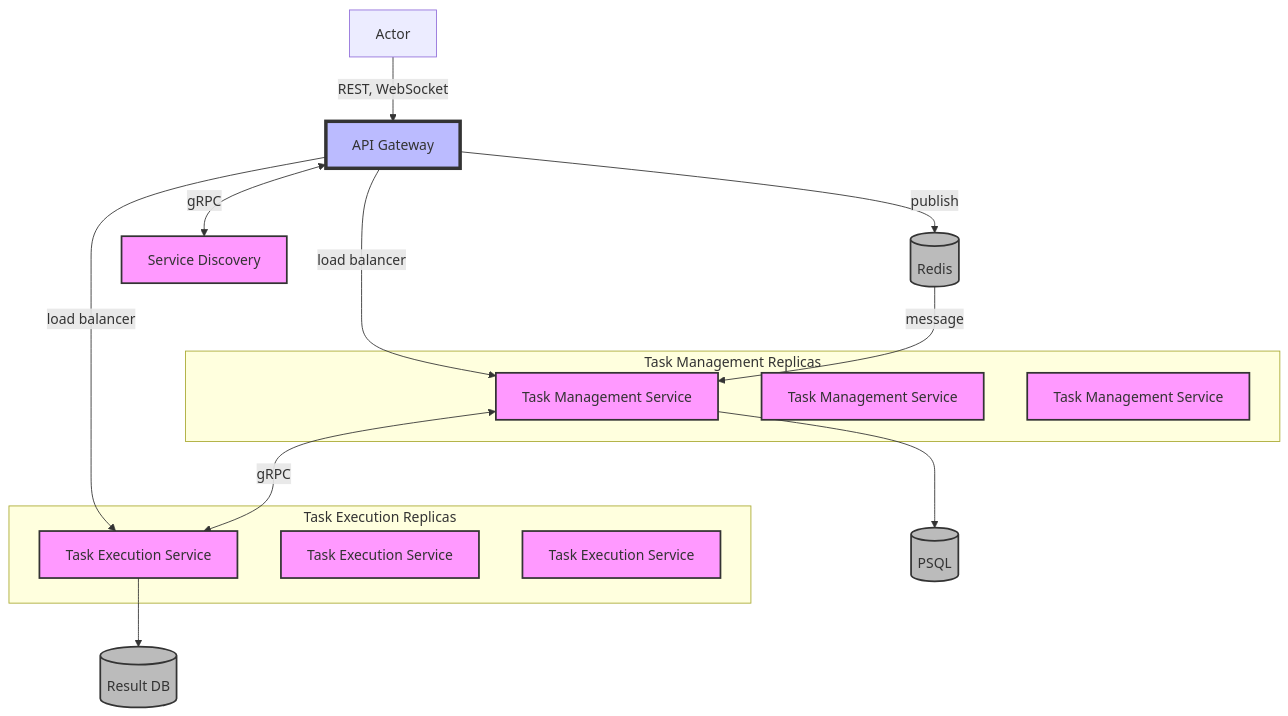
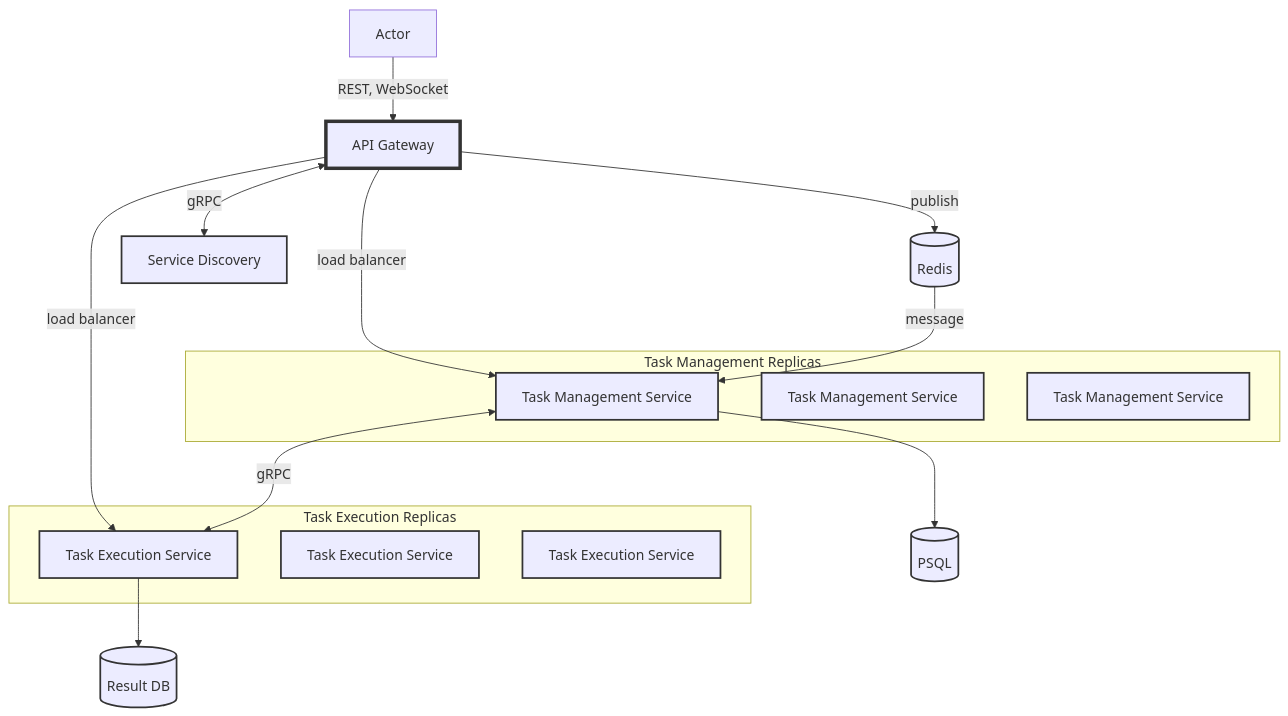
The second of 2 diagrams in README.md (CaraAlexandr/PAD_Labs), drawn with Mermaid before and after one commit.

````diff
--- a/README.md
+++ b/README.md
@@ -39,32 +39,32 @@
 ```mermaid
 graph TD
     A[Actor] -->|REST, WebSocket| B[API Gateway]
     B -->|publish| C[(Redis)]
     B <-->|gRPC| D[Service Discovery]
     B -->|load balancer| E[Task Management Service]
     B -->|load balancer| F[Task Execution Service]
     
     C -->|message| E
     E <-->|gRPC| F
     E --> G[(PSQL)]
     F --> H[(Result DB)]
     
     subgraph "Task Management Replicas"
     E
     E2[Task Management Service]
     E3[Task Management Service]
     end
     
     subgraph "Task Execution Replicas"
     F
     F2[Task Execution Service]
     F3[Task Execution Service]
     end
 
-    classDef service fill:#f9f,stroke:#333,stroke-width:2px;
-    classDef database fill:#bbb,stroke:#333,stroke-width:2px;
-    classDef gateway fill:#bbf,stroke:#333,stroke-width:4px;
+    classDef service stroke:#333,stroke-width:2px;
+    classDef database stroke:#333,stroke-width:2px;
+    classDef gateway stroke:#333,stroke-width:4px;
     class B gateway;
     class C,G,H database;
     class D,E,E2,E3,F,F2,F3 service;
 ```
````
